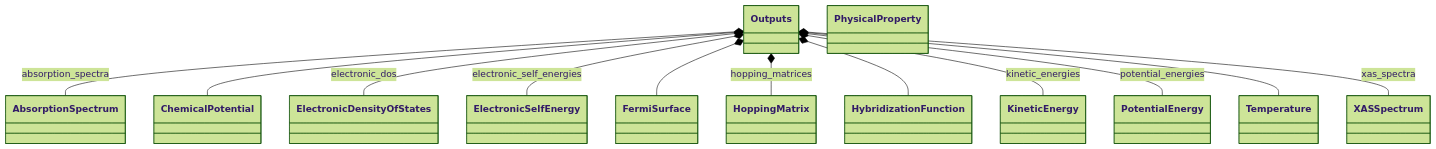
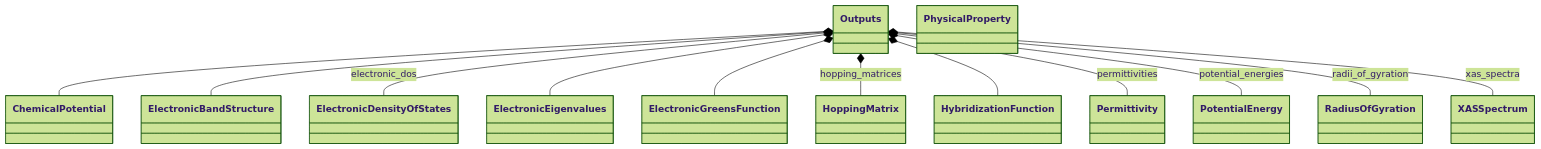
One commit to FAIRmat-NFDI/nomad-simulations changed the second of 2 diagrams in docs/schema/outputs.diagram.md. Above: the diagram before and after it, drawn with Mermaid (forest theme). The commit also changed 12 other files, not shown here.

````diff
--- a/docs/schema/outputs.diagram.md
+++ b/docs/schema/outputs.diagram.md
@@ -68,40 +68,40 @@
 ```mermaid
 classDiagram
-    class AbsorptionSpectrum {
+    class ChemicalPotential {
     }
-    class ChemicalPotential {
+    class ElectronicBandStructure {
     }
     class ElectronicDensityOfStates {
     }
-    class ElectronicSelfEnergy {
+    class ElectronicEigenvalues {
     }
-    class FermiSurface {
+    class ElectronicGreensFunction {
     }
     class HoppingMatrix {
     }
     class HybridizationFunction {
     }
-    class KineticEnergy {
+    class Outputs {
     }
-    class Outputs {
+    class Permittivity {
     }
     class PhysicalProperty {
     }
     class PotentialEnergy {
     }
-    class Temperature {
+    class RadiusOfGyration {
     }
     class XASSpectrum {
     }
-    Outputs *-- AbsorptionSpectrum : absorption_spectra
     Outputs *-- ChemicalPotential
+    Outputs *-- ElectronicBandStructure
     Outputs *-- ElectronicDensityOfStates : electronic_dos
-    Outputs *-- ElectronicSelfEnergy : electronic_self_energies
-    Outputs *-- FermiSurface
+    Outputs *-- ElectronicEigenvalues
+    Outputs *-- ElectronicGreensFunction
     Outputs *-- HoppingMatrix : hopping_matrices
     Outputs *-- HybridizationFunction
-    Outputs *-- KineticEnergy : kinetic_energies
+    Outputs *-- Permittivity : permittivities
     Outputs *-- PotentialEnergy : potential_energies
-    Outputs *-- Temperature
+    Outputs *-- RadiusOfGyration : radii_of_gyration
     Outputs *-- XASSpectrum : xas_spectra
 ```
````
